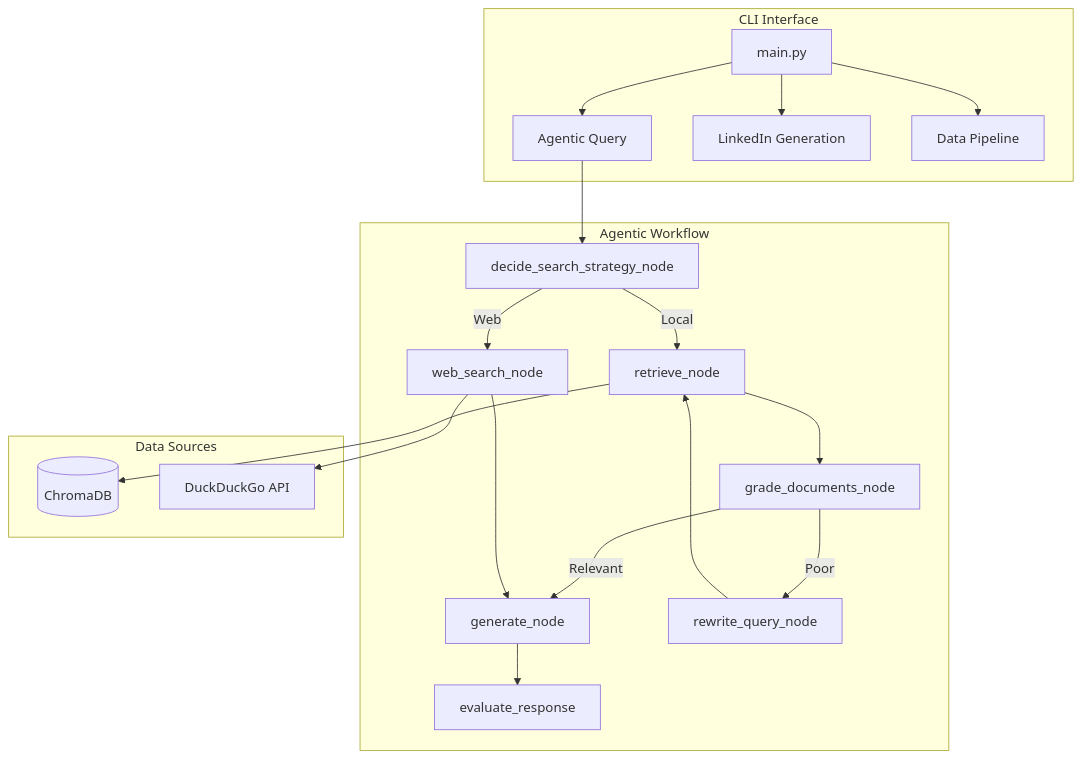
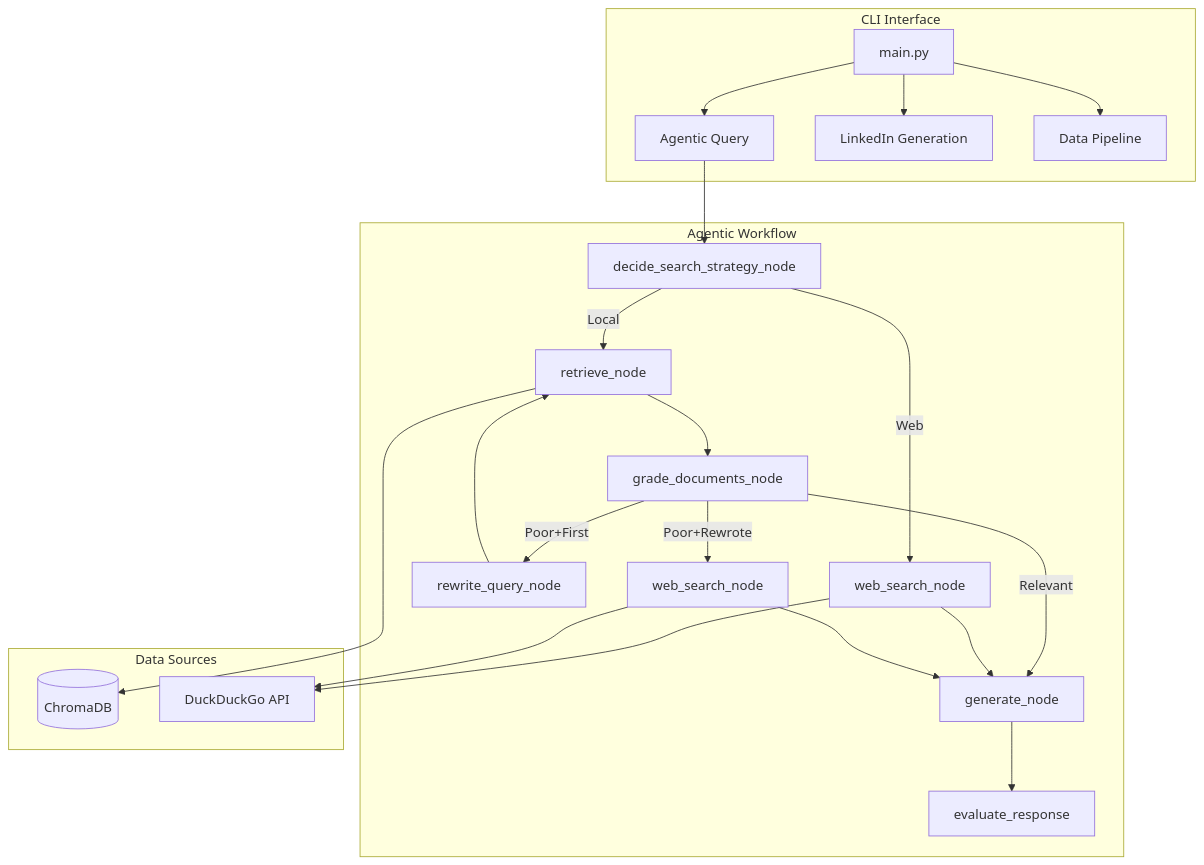
One commit to ladavrska/agent_rag_chatbot changed the first of 3 diagrams in architecture.mmd. Above: the diagram before and after it, drawn with Mermaid. The commit also changed other lines of this file, not shown here.

Commit message:
Update architecture.mmd with rewrite node

````diff
--- a/architecture.mmd
+++ b/architecture.mmd
@@ -5,27 +5,30 @@
 ```mermaid
 graph TB
     subgraph "CLI Interface"
         CLI[main.py] --> Query["Agentic Query"]
         CLI --> LinkedIn["LinkedIn Generation"]
         CLI --> Pipeline["Data Pipeline"]
     end
     
     subgraph "Agentic Workflow"
         Query --> Strategy[decide_search_strategy_node]
         Strategy --> |Local| Retrieve[retrieve_node]
         Strategy --> |Web| WebSearch[web_search_node]
         Retrieve --> Grade[grade_documents_node]
         Grade --> |Relevant| Generate[generate_node]
-        Grade --> |Poor| Rewrite[rewrite_query_node]
+        Grade --> |Poor+First| Rewrite[rewrite_query_node]
+        Grade --> |Poor+Rewrote| WebFallback[web_search_node]
         Rewrite --> Retrieve
         WebSearch --> Generate
+        WebFallback --> Generate
         Generate --> Evaluate[evaluate_response]
     end
     
     subgraph "Data Sources"
         VectorDB[(ChromaDB)]
         WebAPI[DuckDuckGo API]
         Retrieve --> VectorDB
         WebSearch --> WebAPI
+        WebFallback --> WebAPI
     end
 ```
````
